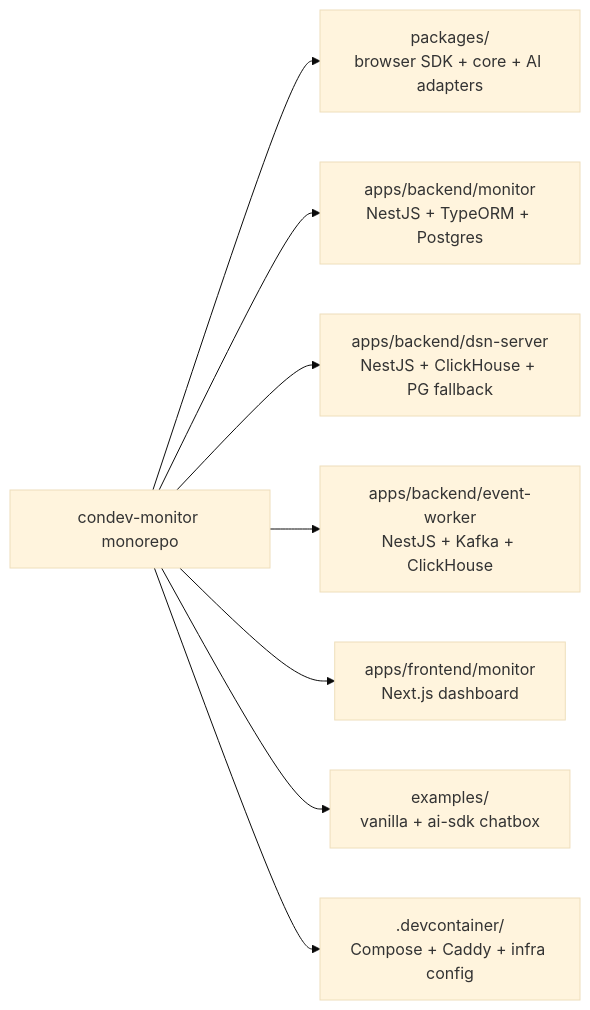
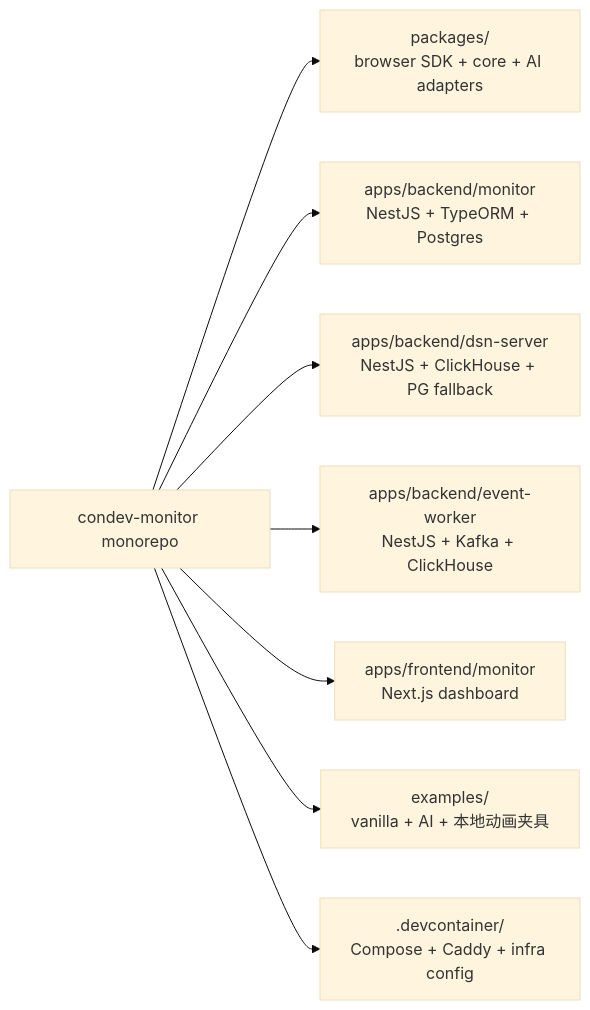
The first of 3 diagrams in README.zh-CN.md (Lemonadeccc/condev-monitor), drawn with Mermaid (base theme) before and after one commit. The commit also changed other lines of this file and 2 other files, not shown here.

Commit message:
docs(project): 📝  document monitoring architecture and usage

````diff
--- a/README.zh-CN.md
+++ b/README.zh-CN.md
@@ -75,11 +75,11 @@
 ```mermaid
 graph LR
     ROOT[condev-monitor monorepo]
     ROOT --> SDK[packages/<br/>browser SDK + core + AI adapters]
     ROOT --> BE1[apps/backend/monitor<br/>NestJS + TypeORM + Postgres]
     ROOT --> BE2[apps/backend/dsn-server<br/>NestJS + ClickHouse + PG fallback]
     ROOT --> BE3[apps/backend/event-worker<br/>NestJS + Kafka + ClickHouse]
     ROOT --> FE[apps/frontend/monitor<br/>Next.js dashboard]
-    ROOT --> EX[examples/<br/>vanilla + ai-sdk chatbox]
+    ROOT --> EX[examples/<br/>vanilla + AI + 本地动画夹具]
     ROOT --> OPS[.devcontainer/<br/>Compose + Caddy + infra config]
 ```
````
